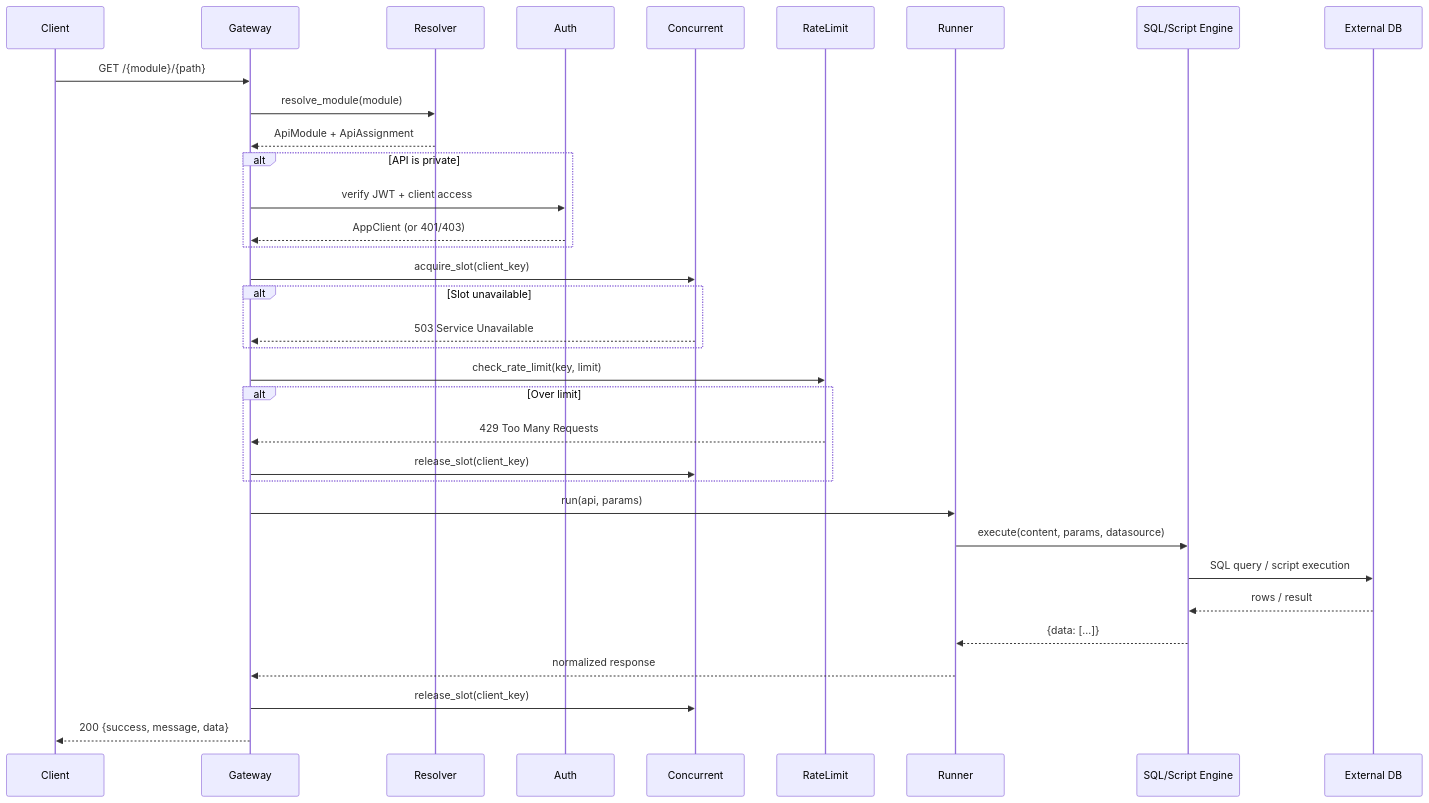
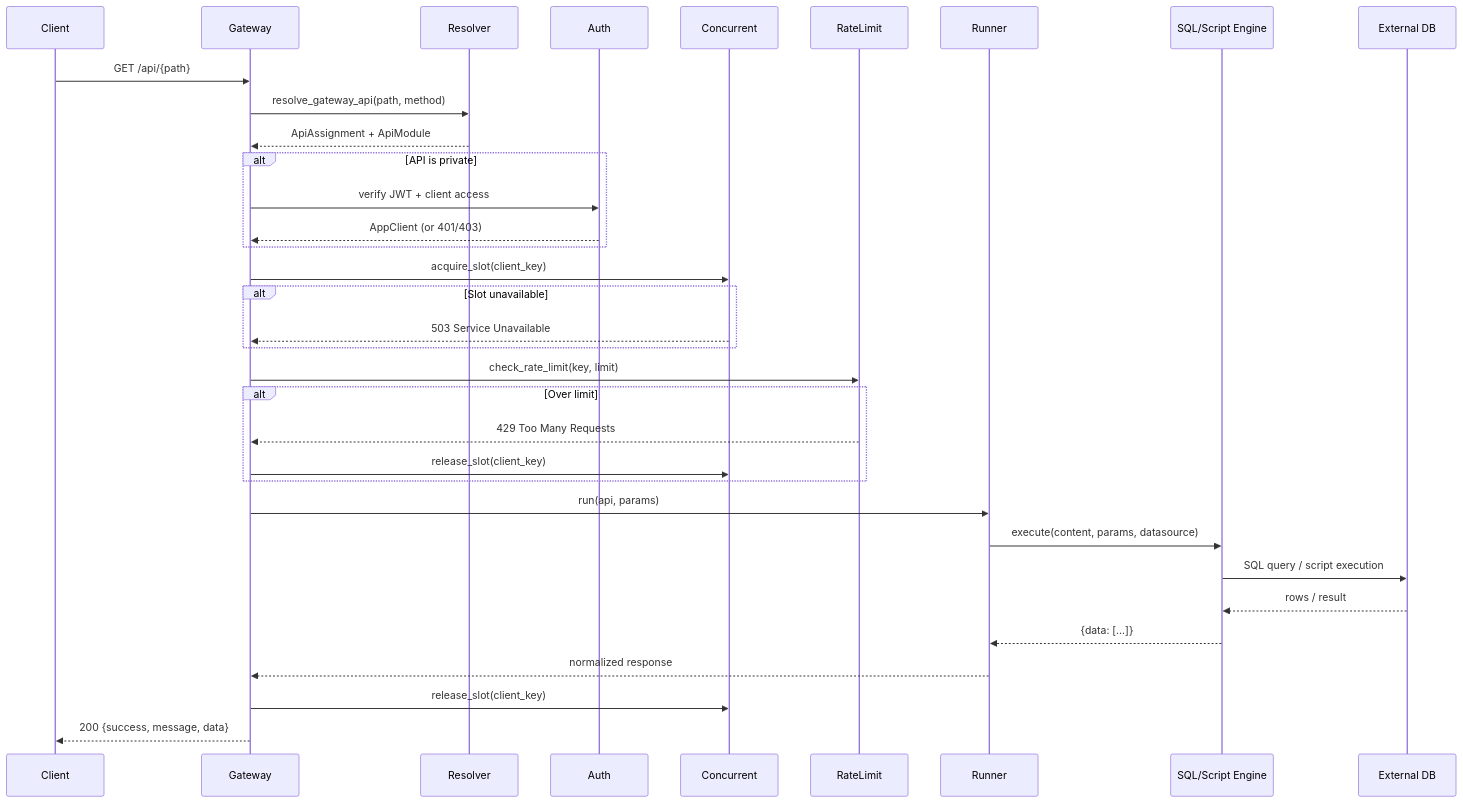
One commit to viethqb/pydbapi changed the third of 7 diagrams in docs/ARCHITECTURE.md. Above: the diagram before and after it, drawn with Mermaid. The commit also changed other lines of this file and 48 other files, not shown here.

First line of the commit message:
Unified Docker, gateway /api path, path+method uniqueness, StarRocks/Trino

````diff
--- a/docs/ARCHITECTURE.md
+++ b/docs/ARCHITECTURE.md
@@ -185,42 +178,42 @@
 ```mermaid
 sequenceDiagram
     participant C as Client
     participant GW as Gateway
     participant Resolver
     participant Auth
     participant Concurrent
     participant RateLimit
     participant Runner
     participant Engine as SQL/Script Engine
     participant DB as External DB
 
-    C->>GW: GET /{module}/{path}
-    GW->>Resolver: resolve_module(module)
-    Resolver-->>GW: ApiModule + ApiAssignment
+    C->>GW: GET /api/{path}
+    GW->>Resolver: resolve_gateway_api(path, method)
+    Resolver-->>GW: ApiAssignment + ApiModule
 
     alt API is private
         GW->>Auth: verify JWT + client access
         Auth-->>GW: AppClient (or 401/403)
     end
 
     GW->>Concurrent: acquire_slot(client_key)
     alt Slot unavailable
         Concurrent-->>GW: 503 Service Unavailable
     end
 
     GW->>RateLimit: check_rate_limit(key, limit)
     alt Over limit
         RateLimit-->>GW: 429 Too Many Requests
         GW->>Concurrent: release_slot(client_key)
     end
 
     GW->>Runner: run(api, params)
     Runner->>Engine: execute(content, params, datasource)
     Engine->>DB: SQL query / script execution
     DB-->>Engine: rows / result
     Engine-->>Runner: {data: [...]}
     Runner-->>GW: normalized response
 
     GW->>Concurrent: release_slot(client_key)
     GW-->>C: 200 {success, message, data}
 ```
````
